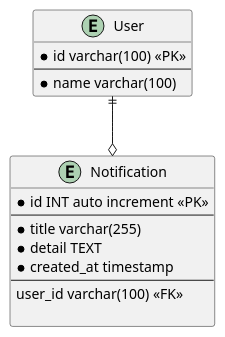
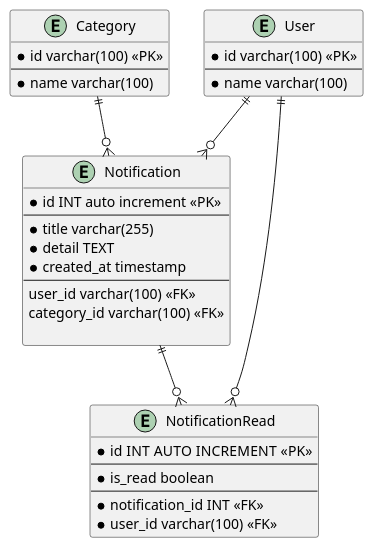
The diagram in belajar-notification/notification.puml (J-Jamal/database-design), drawn with PlantUML before and after one commit. The commit also changed 1 other file, not shown here.

```diff
--- a/belajar-notification/notification.puml
+++ b/belajar-notification/notification.puml
@@ -1,22 +1,41 @@
 @startuml
 
 entity User {
     * id varchar(100) <<PK>>
     --
     * name varchar(100)
 }
 
 entity Notification {
     * id INT auto increment <<PK>>
     --
     * title varchar(255)
     * detail TEXT
     * created_at timestamp
     --
     user_id varchar(100) <<FK>>
+    category_id varchar(100) <<FK>>
 
 }
 
-User ||--o Notification
+entity Category {
+    * id varchar(100) <<PK>>
+    --
+    * name varchar(100)
+}
+
+entity NotificationRead {
+    * id INT AUTO INCREMENT  <<PK>>
+    --
+    * is_read boolean
+    --
+    * notification_id INT <<FK>>
+    * user_id varchar(100) <<FK>>
+}
+
+User ||--o{ Notification
+Category ||--o{ Notification
+Notification ||--o{ NotificationRead
+User ||--o{ NotificationRead
 
 @enduml
```
